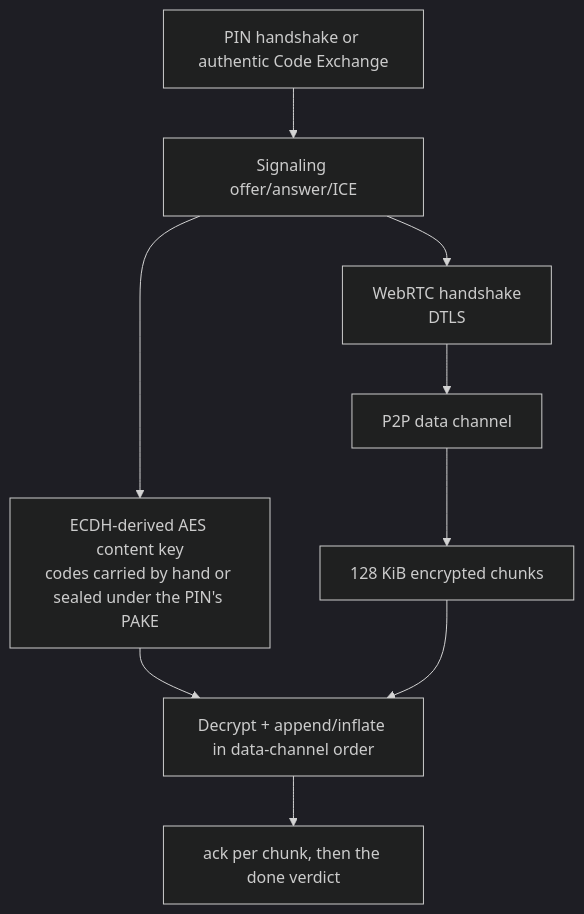
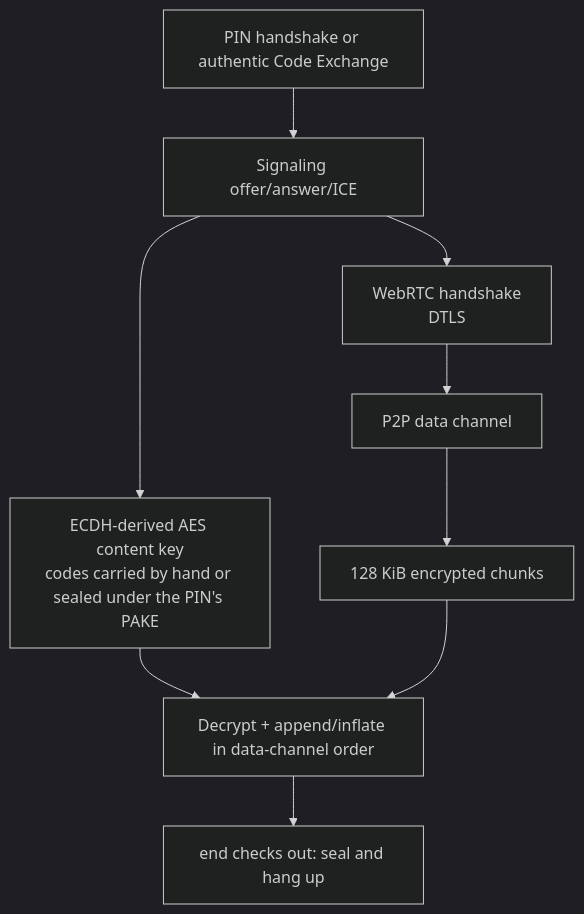
One commit to andrewtheguy/ptransfer changed the fifth of 5 diagrams in docs/ARCHITECTURE.md. Above: the diagram before and after it, drawn with Mermaid (dark theme). The commit also changed other lines of this file and 6 other files, not shown here.

````diff
--- a/docs/ARCHITECTURE.md
+++ b/docs/ARCHITECTURE.md
@@ -927,11 +927,11 @@
 ```mermaid
 flowchart TD
     Secret[PIN handshake or authentic Code Exchange] --> Signaling[Signaling offer/answer/ICE]
     Signaling --> Key[ECDH-derived AES content key<br/>codes carried by hand or sealed under the PIN's PAKE]
     Signaling --> DTLS[WebRTC handshake<br/>DTLS]
     DTLS --> Channel[P2P data channel]
     Channel --> Chunks[128 KiB encrypted chunks]
     Key --> Write[Decrypt + append/inflate in data-channel order]
     Chunks --> Write
-    Write --> Ack[ack per chunk, then the done verdict]
+    Write --> HangUp[end checks out: seal and hang up]
 ```
````
